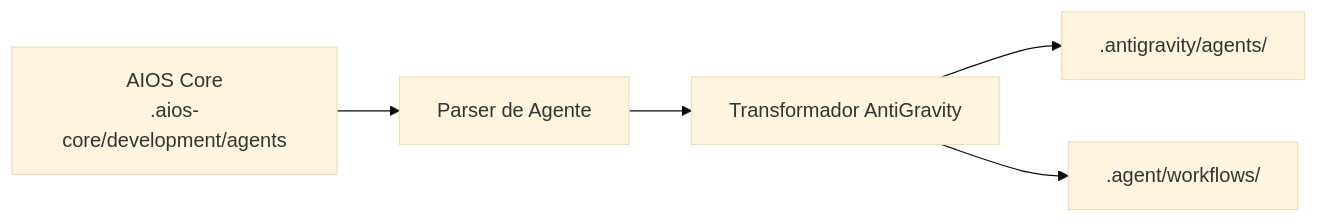
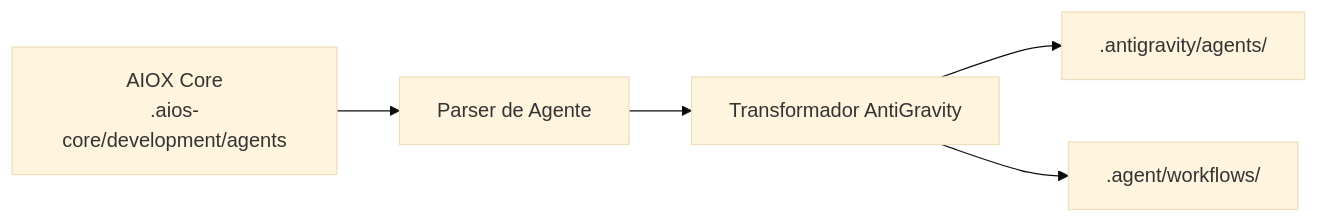
Before and after one commit to fabioeducacross/-Book-de-Resultados: the diagram in docs/pt/platforms/antigravity.md, drawn with Mermaid (base theme). The commit also changed other lines of this file and 867 other files, not shown here.

First line of the commit message:
chore: update aios-core, tests, configs and documentation

````diff
--- a/docs/pt/platforms/antigravity.md
+++ b/docs/pt/platforms/antigravity.md
@@ -349,7 +349,7 @@
 ```mermaid
 flowchart LR
-    Source["AIOS Core<br/>.aios-core/development/agents"] --> Parser["Parser de Agente"]
+    Source["AIOX Core<br/>.aios-core/development/agents"] --> Parser["Parser de Agente"]
     Parser --> Transform["Transformador AntiGravity"]
     Transform --> Agents[".antigravity/agents/"]
     Transform --> Workflows[".agent/workflows/"]
 ```
````
